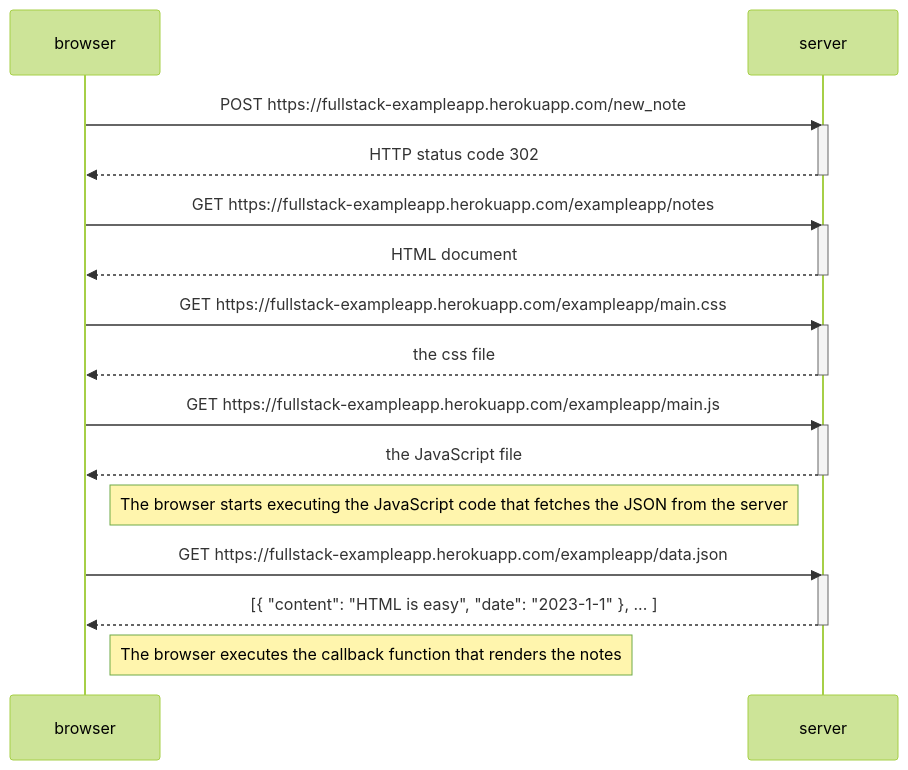
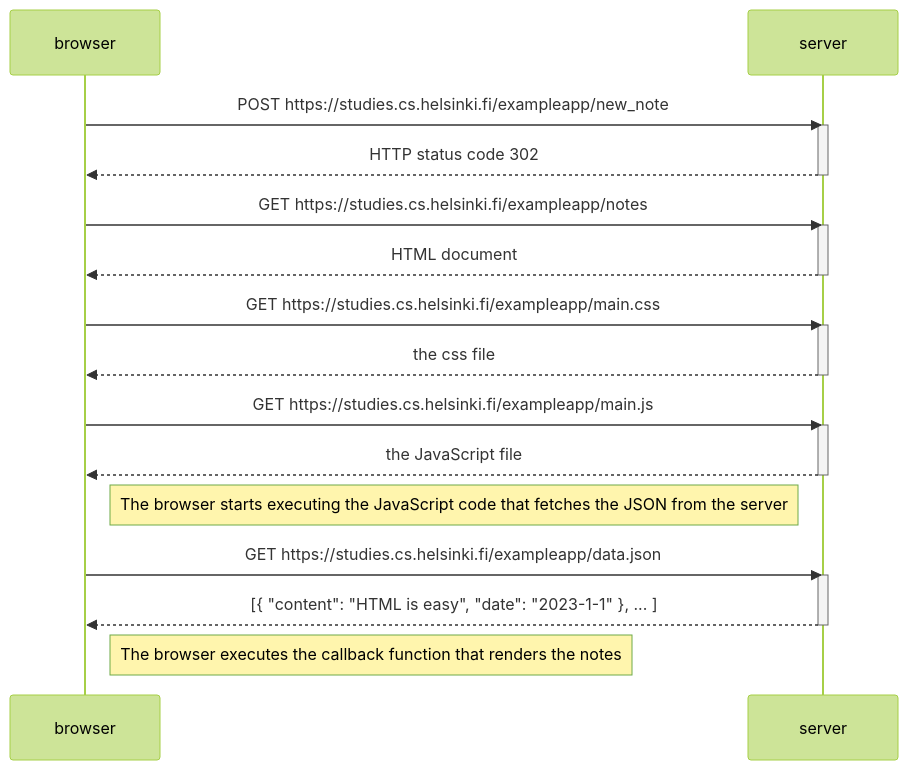
Before and after one commit to luci89/fullstack: the diagram in part0/0.4-NewNoteDiagram.md, drawn with Mermaid (forest theme).

````diff
--- a/part0/0.4-NewNoteDiagram.md
+++ b/part0/0.4-NewNoteDiagram.md
@@ -1,34 +1,34 @@
 ```mermaid
 sequenceDiagram
     participant browser
     participant server
 
-    browser->>server: POST https://fullstack-exampleapp.herokuapp.com/new_note
+    browser->>server: POST https://studies.cs.helsinki.fi/exampleapp/new_note
     activate server
     server-->>browser: HTTP status code 302
     deactivate server
 
-    browser->>server: GET https://fullstack-exampleapp.herokuapp.com/exampleapp/notes
+    browser->>server: GET https://studies.cs.helsinki.fi/exampleapp/notes
     activate server
     server-->>browser: HTML document
     deactivate server
 
-    browser->>server: GET https://fullstack-exampleapp.herokuapp.com/exampleapp/main.css
+    browser->>server: GET https://studies.cs.helsinki.fi/exampleapp/main.css
     activate server
     server-->>browser: the css file
     deactivate server
 
-    browser->>server: GET https://fullstack-exampleapp.herokuapp.com/exampleapp/main.js
+    browser->>server: GET https://studies.cs.helsinki.fi/exampleapp/main.js
     activate server
     server-->>browser: the JavaScript file
     deactivate server
 
     Note right of browser: The browser starts executing the JavaScript code that fetches the JSON from the server
 
-    browser->>server: GET https://fullstack-exampleapp.herokuapp.com/exampleapp/data.json
+    browser->>server: GET https://studies.cs.helsinki.fi/exampleapp/data.json
     activate server
     server-->>browser: [{ "content": "HTML is easy", "date": "2023-1-1" }, ... ]
     deactivate server
 
     Note right of browser: The browser executes the callback function that renders the notes
 ```
````
